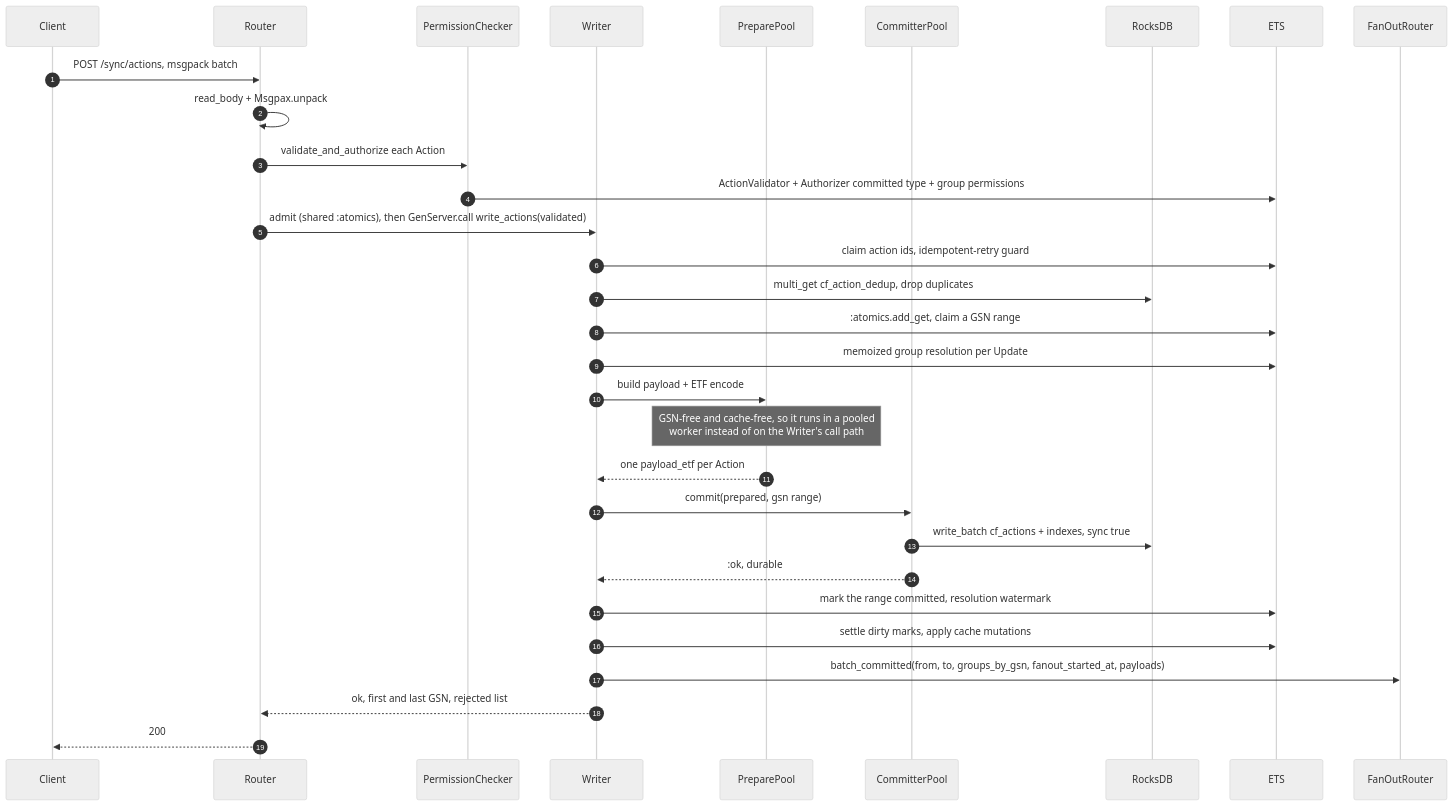
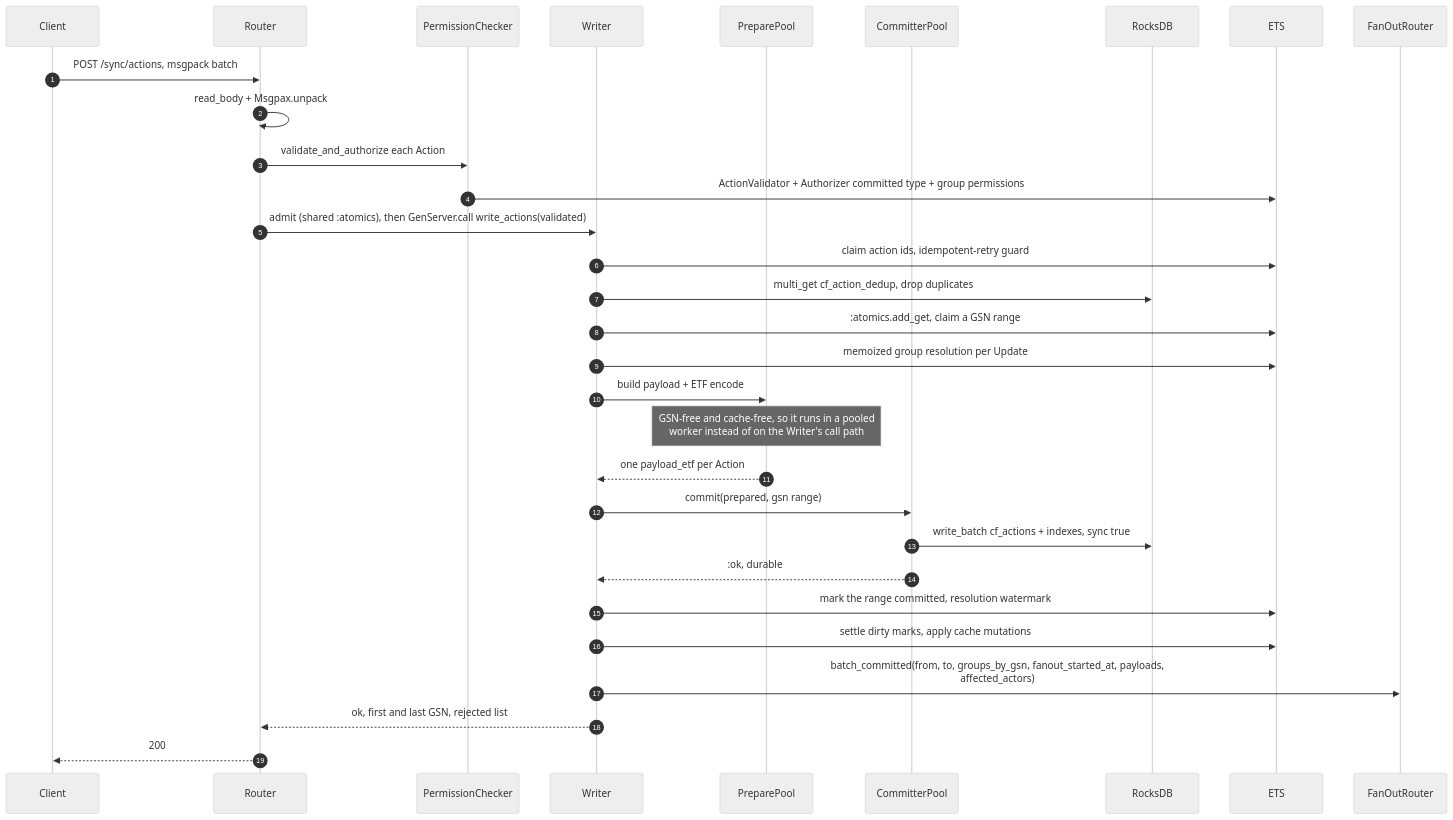
One commit to ebbjs/ebbjs changed the second of 6 diagrams in ebb_server/README.md. Above: the diagram before and after it, drawn with Mermaid (neutral theme). The commit also changed other lines of this file and 22 other files, not shown here.

````diff
--- a/ebb_server/README.md
+++ b/ebb_server/README.md
@@ -467,36 +467,36 @@
 ```mermaid
 sequenceDiagram
   autonumber
   participant C as Client
   participant R as Router
   participant P as PermissionChecker
   participant W as Writer
   participant PP as PreparePool
   participant CP as CommitterPool
   participant DB as RocksDB
   participant E as ETS
   participant F as FanOutRouter
 
   C->>R: POST /sync/actions, msgpack batch
   R->>R: read_body + Msgpax.unpack
   R->>P: validate_and_authorize each Action
   P->>E: ActionValidator + Authorizer committed type + group permissions
   R->>W: admit (shared :atomics), then GenServer.call write_actions(validated)
 
   W->>E: claim action ids, idempotent-retry guard
   W->>DB: multi_get cf_action_dedup, drop duplicates
   W->>E: :atomics.add_get, claim a GSN range
   W->>E: memoized group resolution per Update
   W->>PP: build payload + ETF encode
   Note over PP: GSN-free and cache-free, so it runs in a pooled<br/>worker instead of on the Writer's call path
   PP-->>W: one payload_etf per Action
   W->>CP: commit(prepared, gsn range)
   CP->>DB: write_batch cf_actions + indexes, sync true
   CP-->>W: :ok, durable
 
   W->>E: mark the range committed, resolution watermark
   W->>E: settle dirty marks, apply cache mutations
-  W->>F: batch_committed(from, to, groups_by_gsn, fanout_started_at, payloads)
+  W->>F: batch_committed(from, to, groups_by_gsn, fanout_started_at, payloads,<br/>affected_actors)
   W-->>R: ok, first and last GSN, rejected list
   R-->>C: 200
 ```
````
